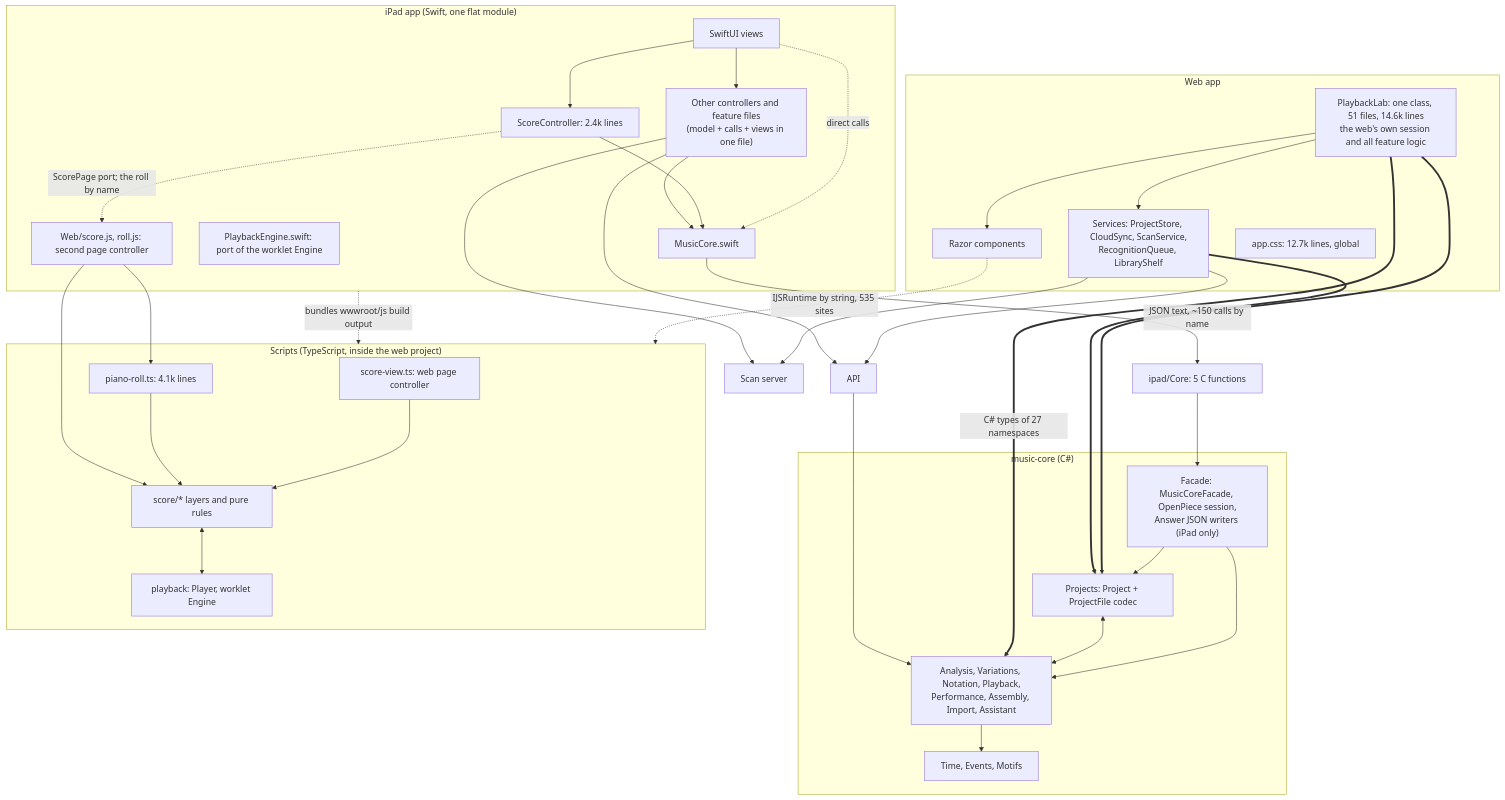
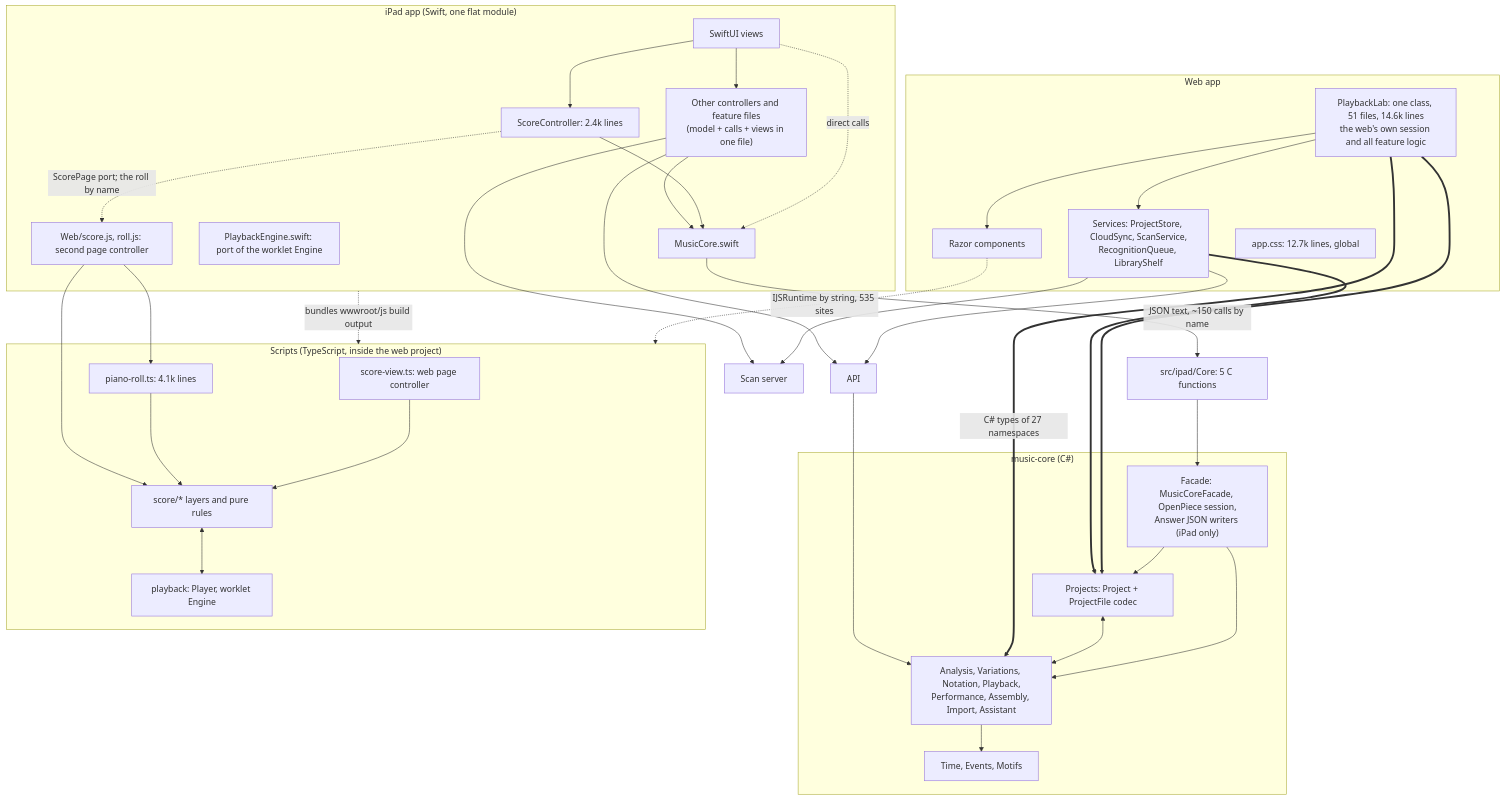
One commit to andreykukalev/motiff-lab changed the first of 3 diagrams in docs/REFACTORING_AUDIT.md. Above: the diagram before and after it, drawn with Mermaid. The commit also changed other lines of this file and 1757 other files, not shown here.

````diff
--- a/docs/REFACTORING_AUDIT.md
+++ b/docs/REFACTORING_AUDIT.md
@@ -100,65 +100,65 @@
 ```mermaid
 flowchart TB
   subgraph CORE["music-core (C#)"]
     DOM["Time, Events, Motifs"]
     RULES["Analysis, Variations, Notation, Playback,<br/>Performance, Assembly, Import, Assistant"]
     PROJ["Projects: Project + ProjectFile codec"]
     FAC["Facade: MusicCoreFacade, OpenPiece session,<br/>Answer JSON writers (iPad only)"]
     FAC --> RULES
     FAC --> PROJ
     PROJ <--> RULES
     RULES --> DOM
   end
 
   subgraph WEB["Web app"]
     PL["PlaybackLab: one class, 51 files, 14.6k lines<br/>the web's own session and all feature logic"]
     WSVC["Services: ProjectStore, CloudSync, ScanService,<br/>RecognitionQueue, LibraryShelf"]
     RZ["Razor components"]
     CSS["app.css: 12.7k lines, global"]
     PL --> RZ
     PL --> WSVC
   end
 
   subgraph TS["Scripts (TypeScript, inside the web project)"]
     SV["score-view.ts: web page controller"]
     LAYERS["score/* layers and pure rules"]
     ROLL["piano-roll.ts: 4.1k lines"]
     PB["playback: Player, worklet Engine"]
     SV --> LAYERS
     ROLL --> LAYERS
     LAYERS <--> PB
   end
 
   subgraph IPAD["iPad app (Swift, one flat module)"]
     VIEWS["SwiftUI views"]
     SC["ScoreController: 2.4k lines"]
     CTRL["Other controllers and feature files<br/>(model + calls + views in one file)"]
     SJS["Web/score.js, roll.js: second page controller"]
     PE["PlaybackEngine.swift: port of the worklet Engine"]
     MC["MusicCore.swift"]
     VIEWS --> SC
     VIEWS --> CTRL
     VIEWS -. "direct calls" .-> MC
     SC --> MC
     CTRL --> MC
   end
 
-  NAT["ipad/Core: 5 C functions"]
+  NAT["src/ipad/Core: 5 C functions"]
   API["API"]
   OMR["Scan server"]
 
   PL == "C# types of 27 namespaces" ==> RULES
   PL ==> PROJ
   WSVC ==> PROJ
   RZ -. "IJSRuntime by string, 535 sites" .-> TS
   MC -- "JSON text, ~150 calls by name" --> NAT --> FAC
   SC -. "ScorePage port; the roll by name" .-> SJS
   SJS --> LAYERS
   SJS --> ROLL
   IPAD -. "bundles wwwroot/js build output" .-> TS
   API --> RULES
   WSVC --> API
   CTRL --> API
   WSVC --> OMR
   CTRL --> OMR
 ```
````
